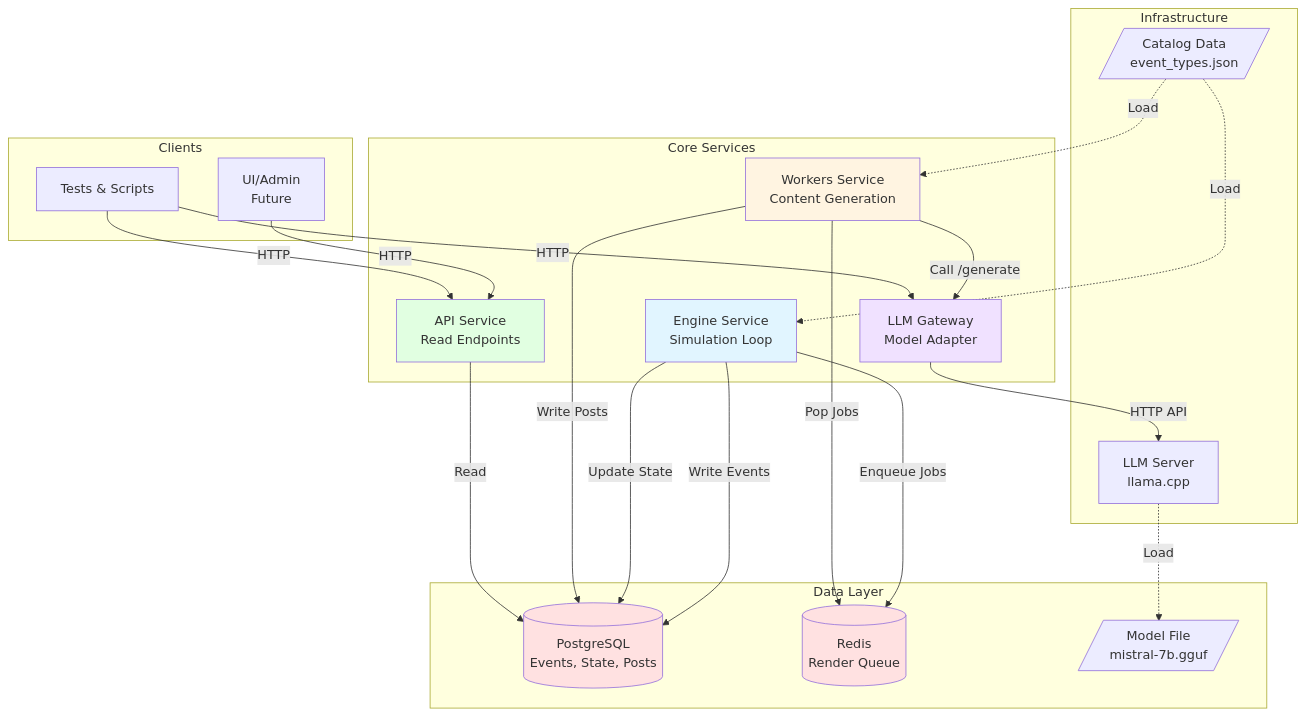
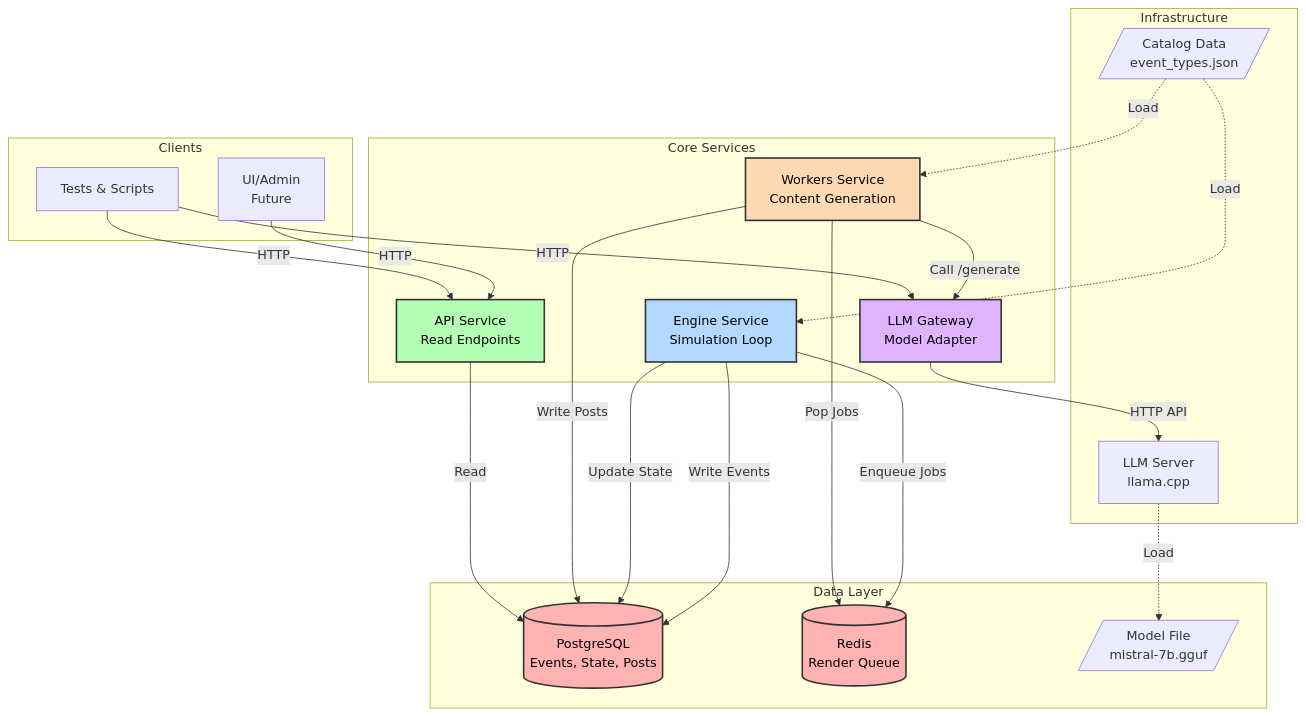
The first of 5 diagrams in koivulahti/docs/architecture.md (saltsami/suomivillage), drawn with Mermaid before and after one commit. The commit also changed other lines of this file, not shown here.

First line of the commit message:
Improve diagram color contrast for better text visibility

````diff
--- a/koivulahti/docs/architecture.md
+++ b/koivulahti/docs/architecture.md
@@ -7,52 +7,52 @@
 ```mermaid
 graph TB
     subgraph "Data Layer"
         PG[(PostgreSQL<br/>Events, State, Posts)]
         RD[(Redis<br/>Render Queue)]
         GGUF[/Model File<br/>mistral-7b.gguf/]
     end
 
     subgraph "Core Services"
         ENG[Engine Service<br/>Simulation Loop]
         WORK[Workers Service<br/>Content Generation]
         GATE[LLM Gateway<br/>Model Adapter]
         API[API Service<br/>Read Endpoints]
     end
 
     subgraph "Infrastructure"
         LLM[LLM Server<br/>llama.cpp]
         CATALOG[/Catalog Data<br/>event_types.json/]
     end
 
     subgraph "Clients"
         UI[UI/Admin<br/>Future]
         TEST[Tests & Scripts]
     end
 
     CATALOG -.->|Load| ENG
     CATALOG -.->|Load| WORK
 
     ENG -->|Write Events| PG
     ENG -->|Update State| PG
     ENG -->|Enqueue Jobs| RD
 
     WORK -->|Pop Jobs| RD
     WORK -->|Call /generate| GATE
     WORK -->|Write Posts| PG
 
     GATE -->|HTTP API| LLM
     LLM -.->|Load| GGUF
 
     API -->|Read| PG
 
     UI -->|HTTP| API
     TEST -->|HTTP| API
     TEST -->|HTTP| GATE
 
-    style ENG fill:#e1f5ff
-    style WORK fill:#fff4e1
-    style GATE fill:#f0e1ff
-    style API fill:#e1ffe1
-    style PG fill:#ffe1e1
-    style RD fill:#ffe1e1
+    style ENG fill:#b3d9ff,stroke:#333,stroke-width:2px,color:#000
+    style WORK fill:#ffd9b3,stroke:#333,stroke-width:2px,color:#000
+    style GATE fill:#e0b3ff,stroke:#333,stroke-width:2px,color:#000
+    style API fill:#b3ffb3,stroke:#333,stroke-width:2px,color:#000
+    style PG fill:#ffb3b3,stroke:#333,stroke-width:2px,color:#000
+    style RD fill:#ffb3b3,stroke:#333,stroke-width:2px,color:#000
 ```
````
